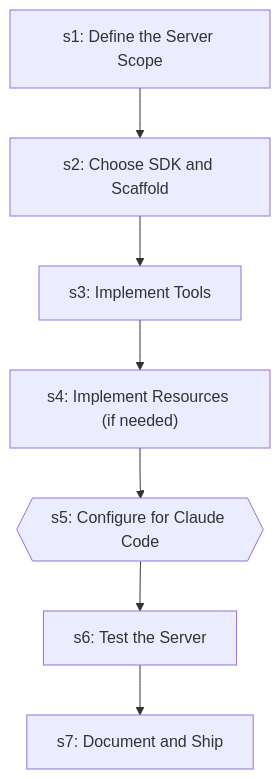
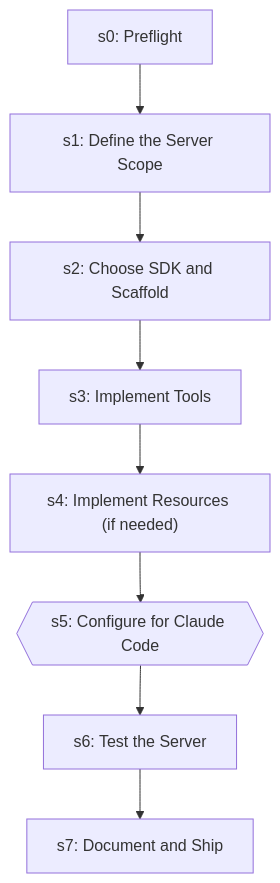
The ninth of 11 diagrams in docs/workflows/session-continuity.md (abhayla/claude-best-practices), drawn with Mermaid before and after one commit. The commit also changed other lines of this file and 13 other files, not shown here.

````diff
--- a/docs/workflows/session-continuity.md
+++ b/docs/workflows/session-continuity.md
@@ -461,16 +472,18 @@
 ```mermaid
 graph TD
+    s0["s0: Preflight"]
     s1["s1: Define the Server Scope"]
+    s0 --> s1
     s2["s2: Choose SDK and Scaffold"]
     s1 --> s2
     s3["s3: Implement Tools"]
     s2 --> s3
     s4["s4: Implement Resources (if needed)"]
     s3 --> s4
     s5{{s5: Configure for Claude Code}}
     s4 --> s5
     s6["s6: Test the Server"]
     s5 --> s6
     s7["s7: Document and Ship"]
     s6 --> s7
 ```
````
